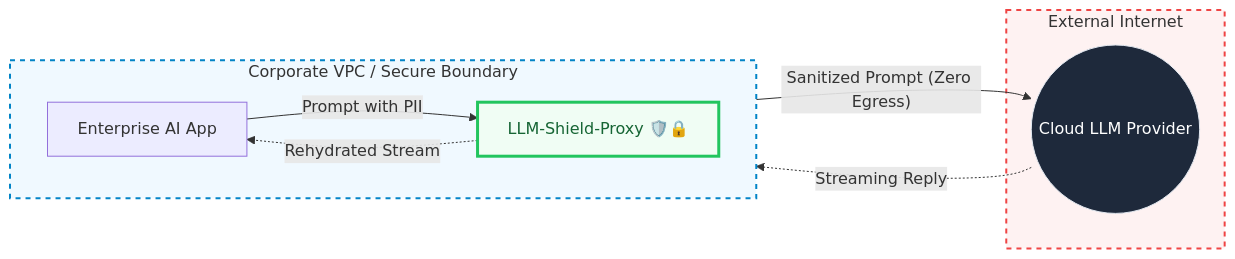
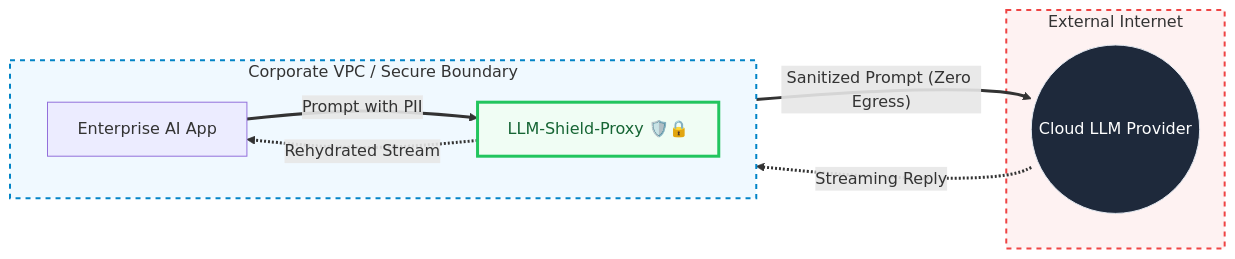
One commit to ninadphalak/LLM-Shield-Proxy changed the first of 3 diagrams in README.md. Above: the diagram before and after it, drawn with Mermaid. The commit also changed other lines of this file, not shown here.

Commit message:
docs: update readme with bold diagrams and airgap topology

````diff
--- a/README.md
+++ b/README.md
@@ -18,22 +19,24 @@
 ```mermaid
 flowchart LR
     subgraph VPC [Corporate VPC / Secure Boundary]
         direction LR
         App[Enterprise AI App]
         Proxy[LLM-Shield-Proxy 🛡️🔒]
-        App -- "Prompt with PII" --> Proxy
+        App == "Prompt with PII" ==> Proxy
     end
 
     subgraph Internet [External Internet]
         LLM((Cloud LLM Provider))
     end
 
-    Proxy -- "Sanitized Prompt (Zero Egress)" --> LLM
+    Proxy == "Sanitized Prompt (Zero Egress)" ==> LLM
     LLM -. "Streaming Reply" .-> Proxy
     Proxy -. "Rehydrated Stream" .-> App
+
+    linkStyle default stroke-width:3px;
 
     style VPC fill:#f0f9ff,stroke:#0284c7,stroke-width:2px,stroke-dasharray: 5 5
     style Internet fill:#fef2f2,stroke:#ef4444,stroke-width:2px,stroke-dasharray: 5 5
     style Proxy fill:#f0fdf4,stroke:#22c55e,stroke-width:3px,color:#166534
     style LLM fill:#1e293b,stroke:#e2e8f0,color:#fff
 ```
````
